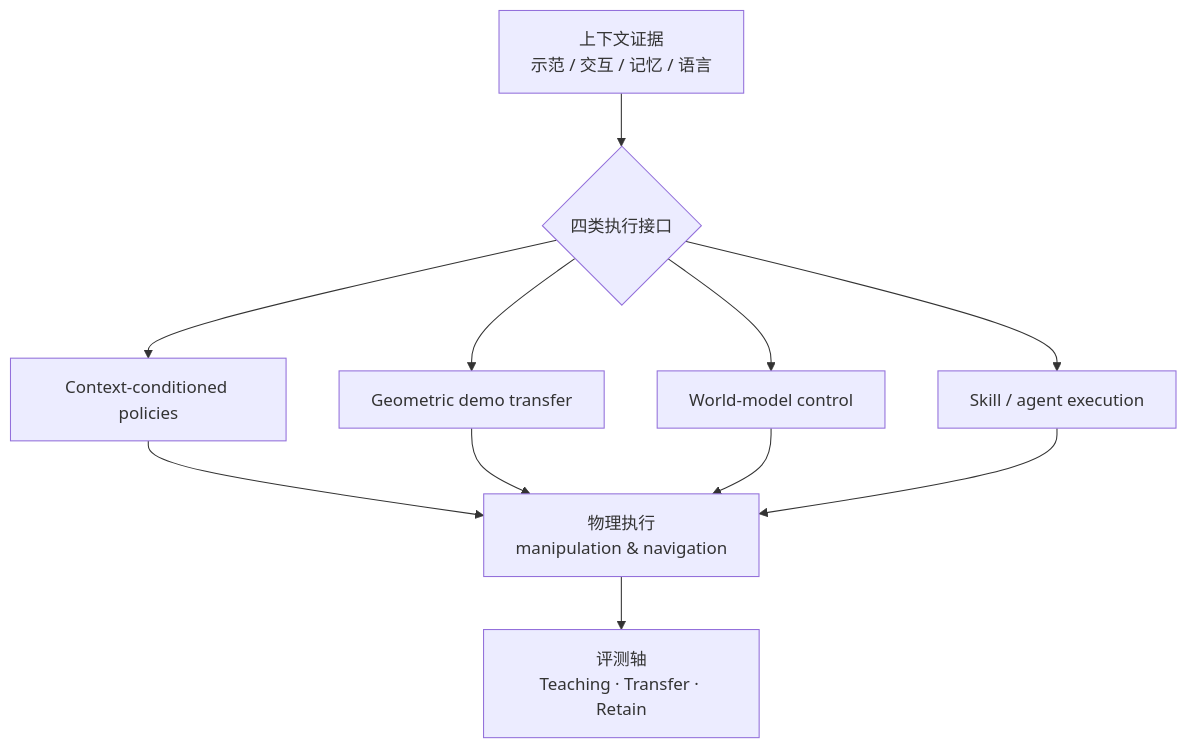
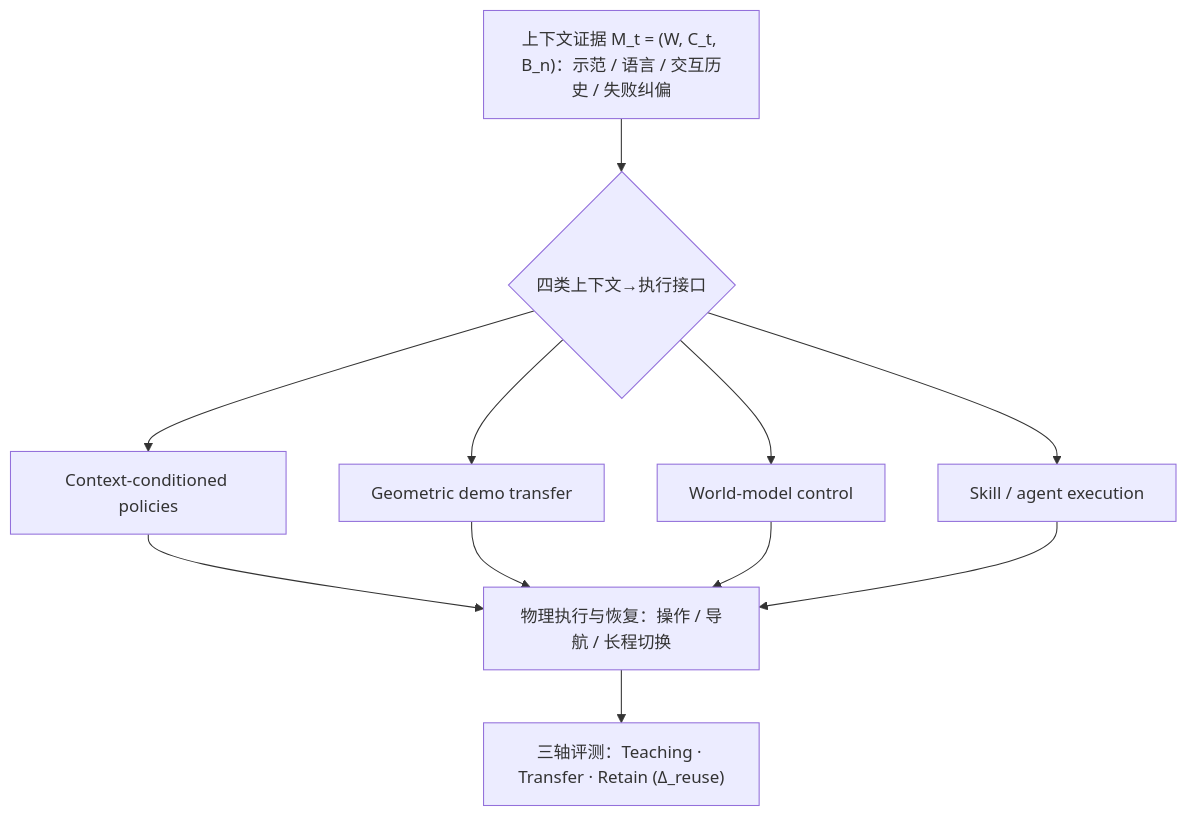
The diagram in wiki/entities/paper-in-context-learning-robots-survey.md (ImChong/Robotics_Notebooks), drawn with Mermaid before and after one commit. The commit also changed other lines of this file and 73 other files, not shown here.

````diff
--- a/wiki/entities/paper-in-context-learning-robots-survey.md
+++ b/wiki/entities/paper-in-context-learning-robots-survey.md
@@ -71,15 +83,21 @@
 ```mermaid
 flowchart TB
-  ctx[上下文证据\n示范 / 交互 / 记忆 / 语言]
-  iface{四类执行接口}
-  ccp[Context-conditioned policies]
-  geo[Geometric demo transfer]
-  wm[World-model control]
-  skill[Skill / agent execution]
-  exec[物理执行\nmanipulation & navigation]
-  eval[评测轴\nTeaching · Transfer · Retain]
+  ctx["上下文证据 M_t = (W, C_t, B_n)：示范 / 语言 / 交互历史 / 失败纠偏"]
+  iface{"四类上下文→执行接口"}
+  ccp["Context-conditioned policies"]
+  geo["Geometric demo transfer"]
+  wm["World-model control"]
+  skill["Skill / agent execution"]
+  exec["物理执行与恢复：操作 / 导航 / 长程切换"]
+  eval["三轴评测：Teaching · Transfer · Retain (Δ_reuse)"]
   ctx --> iface
-  iface --> ccp & geo & wm & skill
-  ccp & geo & wm & skill --> exec
+  iface --> ccp
+  iface --> geo
+  iface --> wm
+  iface --> skill
+  ccp --> exec
+  geo --> exec
+  wm --> exec
+  skill --> exec
   exec --> eval
 ```
````
